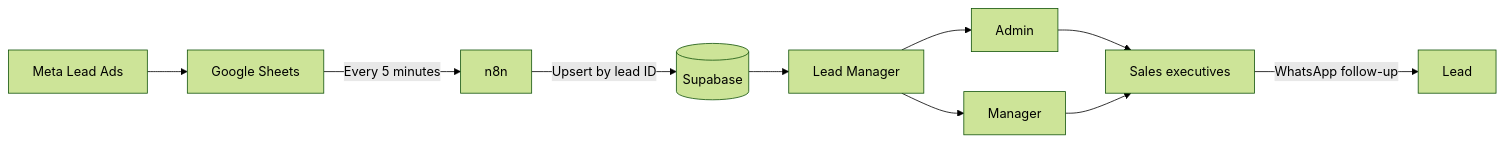
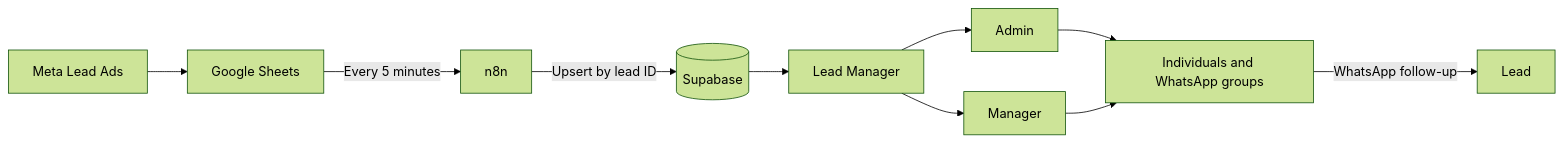
One commit to userkami/lead-app changed the diagram in README.md. Above: the diagram before and after it, drawn with Mermaid (forest theme). The commit also changed other lines of this file and 2 other files, not shown here.

````diff
--- a/README.md
+++ b/README.md
@@ -33,11 +58,11 @@
 ```mermaid
 flowchart LR
     A[Meta Lead Ads] --> B[Google Sheets]
     B -->|Every 5 minutes| C[n8n]
     C -->|Upsert by lead ID| D[(Supabase)]
     D --> E[Lead Manager]
     E --> F[Admin]
     E --> G[Manager]
-    F & G --> H[Sales executives]
+    F & G --> H[Individuals and WhatsApp groups]
     H -->|WhatsApp follow-up| I[Lead]
 ```
````
